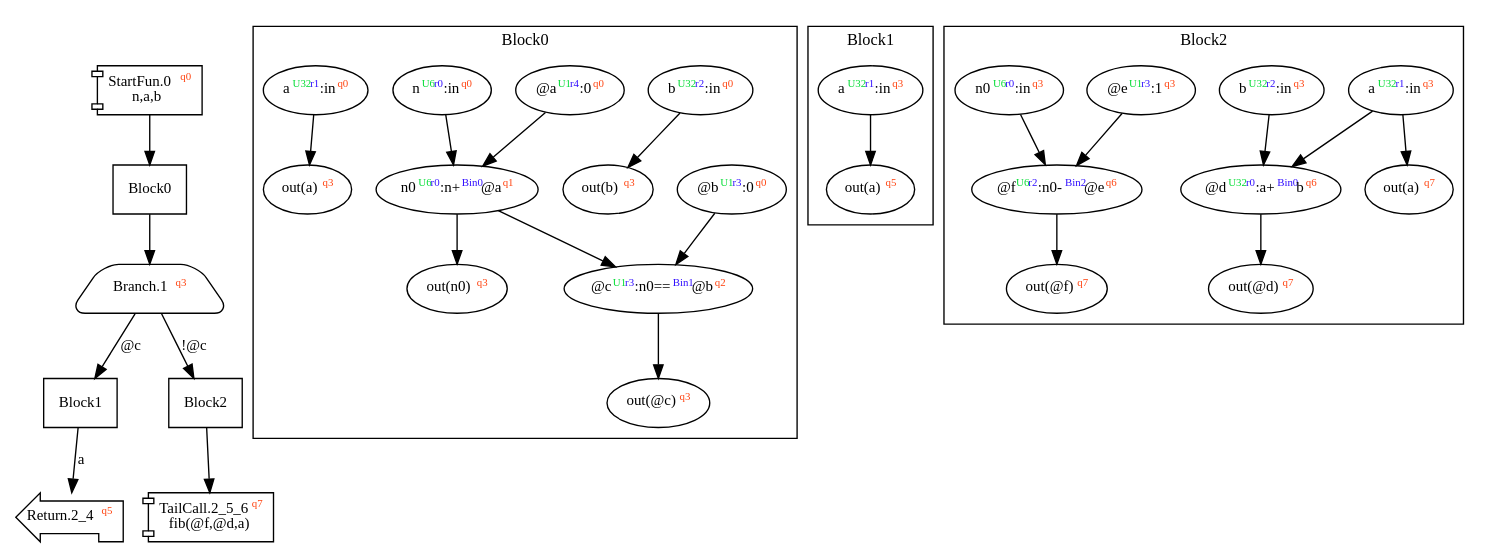
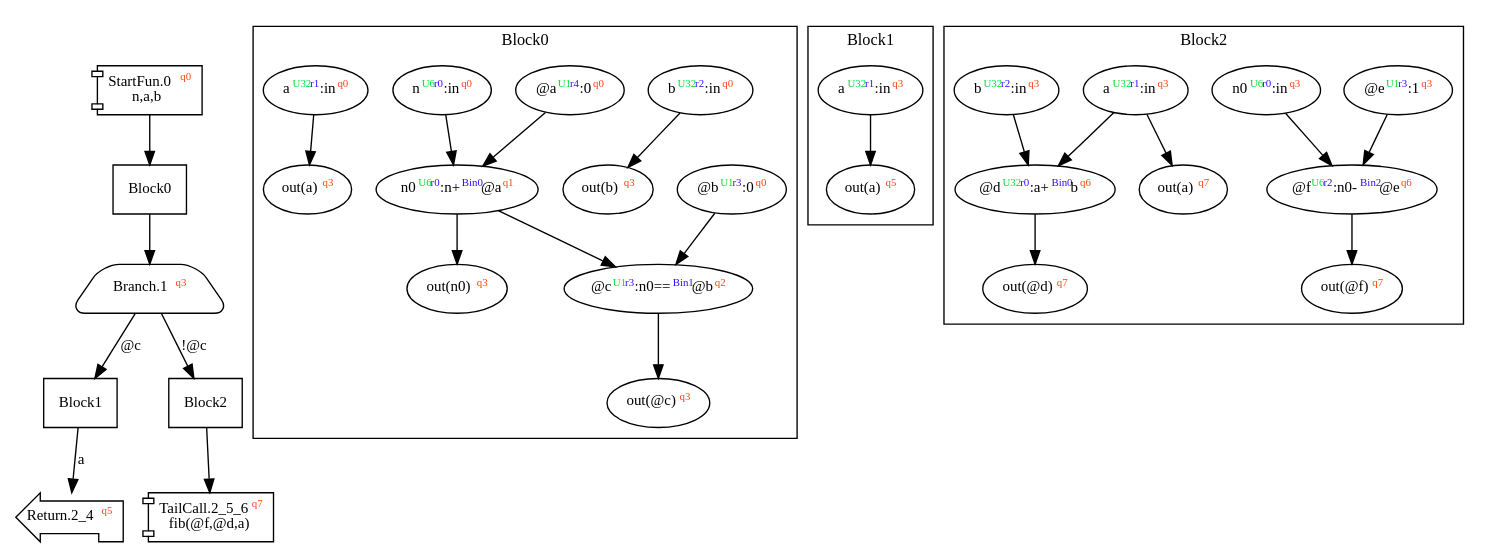
One commit to akouryy/SyntheScala changed the diagram in dist/fib.dot. Above: the diagram before and after it, drawn with Graphviz. The commit also changed 14 other files, not shown here.

```diff
--- a/dist/fib.dot
+++ b/dist/fib.dot
@@ -1,46 +1,46 @@
 digraph Program_ {
 graph [fontname = "Monaco", fontsize = 12, ranksep = 0.5];
 node [shape = box, fontname = "Monaco", fontsize = 11; colorscheme = pastel19];
 edge [fontname = "Monaco", fontsize = 11; colorscheme = pastel19];
 Jump0[label = <StartFun.0<font color="#ff4411" point-size="8"><sup>q0</sup></font><br/>n,a,b>; shape = component];
 Jump0 -> Block0;
 Jump1[
   label = <Branch.1<font color="#ff4411" point-size="8"><sup>q3</sup></font>>;
   shape = trapezium; style = rounded;
 ];
 Block0 -> Jump1;
 Jump1 -> Block1 [label="@c"];
 Jump1 -> Block2 [label="!@c"];
 Jump2_4[label = <Return.2_4<font color="#ff4411" point-size="8"><sup>q5</sup></font>>; shape = lpromoter];
 Block1 -> Jump2_4 [label="a"];
 Jump2_5_6[label = <TailCall.2_5_6<font color="#ff4411" point-size="8"><sup>q7</sup></font><br/>fib(@f,@d,a)>; shape = component];
 Block2 -> Jump2_5_6;
 Block0 [label = "Block0"];
 Block1 [label = "Block1"];
 Block2 [label = "Block2"];
 subgraph cluster_dfg_Block0{
 node [shape = oval];
 label = "Block0";
-ndBlock0_0 [label=<n0<font color="#00dd33" point-size="8"><sup>U6</sup></font><font color="#3311ff" point-size="8"><sup>r0</sup></font>:n+<font color="#3311ff" point-size="8"><sup>Bin0</sup></font>@a<font color="#ff4411" point-size="8"><sup>q1</sup></font>>];ndBlock0_1 [label=<out(b)<font color="#ff4411" point-size="8"><sup>q3</sup></font>>];ndBlock0_2 [label=<out(n0)<font color="#ff4411" point-size="8"><sup>q3</sup></font>>];ndBlock0_3 [label=<@b<font color="#00dd33" point-size="8"><sup>U1</sup></font><font color="#3311ff" point-size="8"><sup>r3</sup></font>:0<font color="#ff4411" point-size="8"><sup>q0</sup></font>>];ndBlock0_4 [label=<out(@c)<font color="#ff4411" point-size="8"><sup>q3</sup></font>>];ndBlock0_5 [label=<b<font color="#00dd33" point-size="8"><sup>U32</sup></font><font color="#3311ff" point-size="8"><sup>r2</sup></font>:in<font color="#ff4411" point-size="8"><sup>q0</sup></font>>];ndBlock0_6 [label=<out(a)<font color="#ff4411" point-size="8"><sup>q3</sup></font>>];ndBlock0_7 [label=<@a<font color="#00dd33" point-size="8"><sup>U1</sup></font><font color="#3311ff" point-size="8"><sup>r4</sup></font>:0<font color="#ff4411" point-size="8"><sup>q0</sup></font>>];ndBlock0_8 [label=<n<font color="#00dd33" point-size="8"><sup>U6</sup></font><font color="#3311ff" point-size="8"><sup>r0</sup></font>:in<font color="#ff4411" point-size="8"><sup>q0</sup></font>>];ndBlock0_9 [label=<a<font color="#00dd33" point-size="8"><sup>U32</sup></font><font color="#3311ff" point-size="8"><sup>r1</sup></font>:in<font color="#ff4411" point-size="8"><sup>q0</sup></font>>];ndBlock0_10 [label=<@c<font color="#00dd33" point-size="8"><sup>U1</sup></font><font color="#3311ff" point-size="8"><sup>r3</sup></font>:n0==<font color="#3311ff" point-size="8"><sup>Bin1</sup></font>@b<font color="#ff4411" point-size="8"><sup>q2</sup></font>>];ndBlock0_9 -> ndBlock0_6;
-ndBlock0_10 -> ndBlock0_4;
-ndBlock0_0 -> ndBlock0_10;
-ndBlock0_3 -> ndBlock0_10;
-ndBlock0_0 -> ndBlock0_2;
-ndBlock0_7 -> ndBlock0_0;
-ndBlock0_8 -> ndBlock0_0;
-ndBlock0_5 -> ndBlock0_1;
+ndBlock0_0 [label=<out(b)<font color="#ff4411" point-size="8"><sup>q3</sup></font>>];ndBlock0_1 [label=<out(n0)<font color="#ff4411" point-size="8"><sup>q3</sup></font>>];ndBlock0_2 [label=<@b<font color="#00dd33" point-size="8"><sup>U1</sup></font><font color="#3311ff" point-size="8"><sup>r3</sup></font>:0<font color="#ff4411" point-size="8"><sup>q0</sup></font>>];ndBlock0_3 [label=<@c<font color="#00dd33" point-size="8"><sup>U1</sup></font><font color="#3311ff" point-size="8"><sup>r3</sup></font>:n0==<font color="#3311ff" point-size="8"><sup>Bin1</sup></font>@b<font color="#ff4411" point-size="8"><sup>q2</sup></font>>];ndBlock0_4 [label=<out(@c)<font color="#ff4411" point-size="8"><sup>q3</sup></font>>];ndBlock0_5 [label=<b<font color="#00dd33" point-size="8"><sup>U32</sup></font><font color="#3311ff" point-size="8"><sup>r2</sup></font>:in<font color="#ff4411" point-size="8"><sup>q0</sup></font>>];ndBlock0_6 [label=<out(a)<font color="#ff4411" point-size="8"><sup>q3</sup></font>>];ndBlock0_7 [label=<@a<font color="#00dd33" point-size="8"><sup>U1</sup></font><font color="#3311ff" point-size="8"><sup>r4</sup></font>:0<font color="#ff4411" point-size="8"><sup>q0</sup></font>>];ndBlock0_8 [label=<n<font color="#00dd33" point-size="8"><sup>U6</sup></font><font color="#3311ff" point-size="8"><sup>r0</sup></font>:in<font color="#ff4411" point-size="8"><sup>q0</sup></font>>];ndBlock0_9 [label=<a<font color="#00dd33" point-size="8"><sup>U32</sup></font><font color="#3311ff" point-size="8"><sup>r1</sup></font>:in<font color="#ff4411" point-size="8"><sup>q0</sup></font>>];ndBlock0_10 [label=<n0<font color="#00dd33" point-size="8"><sup>U6</sup></font><font color="#3311ff" point-size="8"><sup>r0</sup></font>:n+<font color="#3311ff" point-size="8"><sup>Bin0</sup></font>@a<font color="#ff4411" point-size="8"><sup>q1</sup></font>>];ndBlock0_7 -> ndBlock0_10;
+ndBlock0_8 -> ndBlock0_10;
+ndBlock0_9 -> ndBlock0_6;
+ndBlock0_2 -> ndBlock0_3;
+ndBlock0_10 -> ndBlock0_3;
+ndBlock0_3 -> ndBlock0_4;
+ndBlock0_5 -> ndBlock0_0;
+ndBlock0_10 -> ndBlock0_1;
 }subgraph cluster_dfg_Block1{
 node [shape = oval];
 label = "Block1";
 ndBlock1_0 [label=<a<font color="#00dd33" point-size="8"><sup>U32</sup></font><font color="#3311ff" point-size="8"><sup>r1</sup></font>:in<font color="#ff4411" point-size="8"><sup>q3</sup></font>>];ndBlock1_1 [label=<out(a)<font color="#ff4411" point-size="8"><sup>q5</sup></font>>];ndBlock1_0 -> ndBlock1_1;
 }subgraph cluster_dfg_Block2{
 node [shape = oval];
 label = "Block2";
-ndBlock2_0 [label=<@e<font color="#00dd33" point-size="8"><sup>U1</sup></font><font color="#3311ff" point-size="8"><sup>r3</sup></font>:1<font color="#ff4411" point-size="8"><sup>q3</sup></font>>];ndBlock2_1 [label=<@d<font color="#00dd33" point-size="8"><sup>U32</sup></font><font color="#3311ff" point-size="8"><sup>r0</sup></font>:a+<font color="#3311ff" point-size="8"><sup>Bin0</sup></font>b<font color="#ff4411" point-size="8"><sup>q6</sup></font>>];ndBlock2_2 [label=<out(@d)<font color="#ff4411" point-size="8"><sup>q7</sup></font>>];ndBlock2_3 [label=<@f<font color="#00dd33" point-size="8"><sup>U6</sup></font><font color="#3311ff" point-size="8"><sup>r2</sup></font>:n0-<font color="#3311ff" point-size="8"><sup>Bin2</sup></font>@e<font color="#ff4411" point-size="8"><sup>q6</sup></font>>];ndBlock2_4 [label=<a<font color="#00dd33" point-size="8"><sup>U32</sup></font><font color="#3311ff" point-size="8"><sup>r1</sup></font>:in<font color="#ff4411" point-size="8"><sup>q3</sup></font>>];ndBlock2_5 [label=<out(a)<font color="#ff4411" point-size="8"><sup>q7</sup></font>>];ndBlock2_6 [label=<out(@f)<font color="#ff4411" point-size="8"><sup>q7</sup></font>>];ndBlock2_7 [label=<b<font color="#00dd33" point-size="8"><sup>U32</sup></font><font color="#3311ff" point-size="8"><sup>r2</sup></font>:in<font color="#ff4411" point-size="8"><sup>q3</sup></font>>];ndBlock2_8 [label=<n0<font color="#00dd33" point-size="8"><sup>U6</sup></font><font color="#3311ff" point-size="8"><sup>r0</sup></font>:in<font color="#ff4411" point-size="8"><sup>q3</sup></font>>];ndBlock2_4 -> ndBlock2_5;
-ndBlock2_1 -> ndBlock2_2;
-ndBlock2_0 -> ndBlock2_3;
-ndBlock2_8 -> ndBlock2_3;
-ndBlock2_4 -> ndBlock2_1;
-ndBlock2_7 -> ndBlock2_1;
+ndBlock2_0 [label=<@e<font color="#00dd33" point-size="8"><sup>U1</sup></font><font color="#3311ff" point-size="8"><sup>r3</sup></font>:1<font color="#ff4411" point-size="8"><sup>q3</sup></font>>];ndBlock2_1 [label=<@f<font color="#00dd33" point-size="8"><sup>U6</sup></font><font color="#3311ff" point-size="8"><sup>r2</sup></font>:n0-<font color="#3311ff" point-size="8"><sup>Bin2</sup></font>@e<font color="#ff4411" point-size="8"><sup>q6</sup></font>>];ndBlock2_2 [label=<out(@d)<font color="#ff4411" point-size="8"><sup>q7</sup></font>>];ndBlock2_3 [label=<a<font color="#00dd33" point-size="8"><sup>U32</sup></font><font color="#3311ff" point-size="8"><sup>r1</sup></font>:in<font color="#ff4411" point-size="8"><sup>q3</sup></font>>];ndBlock2_4 [label=<out(a)<font color="#ff4411" point-size="8"><sup>q7</sup></font>>];ndBlock2_5 [label=<out(@f)<font color="#ff4411" point-size="8"><sup>q7</sup></font>>];ndBlock2_6 [label=<@d<font color="#00dd33" point-size="8"><sup>U32</sup></font><font color="#3311ff" point-size="8"><sup>r0</sup></font>:a+<font color="#3311ff" point-size="8"><sup>Bin0</sup></font>b<font color="#ff4411" point-size="8"><sup>q6</sup></font>>];ndBlock2_7 [label=<b<font color="#00dd33" point-size="8"><sup>U32</sup></font><font color="#3311ff" point-size="8"><sup>r2</sup></font>:in<font color="#ff4411" point-size="8"><sup>q3</sup></font>>];ndBlock2_8 [label=<n0<font color="#00dd33" point-size="8"><sup>U6</sup></font><font color="#3311ff" point-size="8"><sup>r0</sup></font>:in<font color="#ff4411" point-size="8"><sup>q3</sup></font>>];ndBlock2_3 -> ndBlock2_4;
 ndBlock2_3 -> ndBlock2_6;
+ndBlock2_7 -> ndBlock2_6;
+ndBlock2_6 -> ndBlock2_2;
+ndBlock2_1 -> ndBlock2_5;
+ndBlock2_0 -> ndBlock2_1;
+ndBlock2_8 -> ndBlock2_1;
 }}
```
